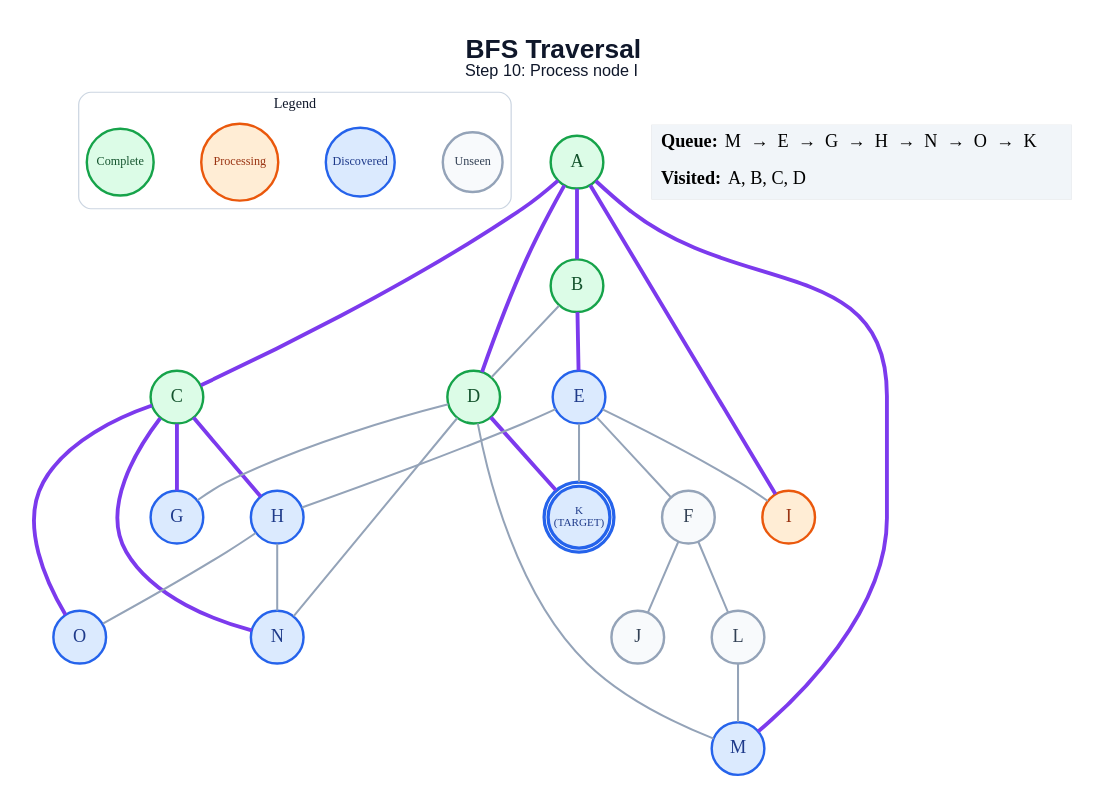
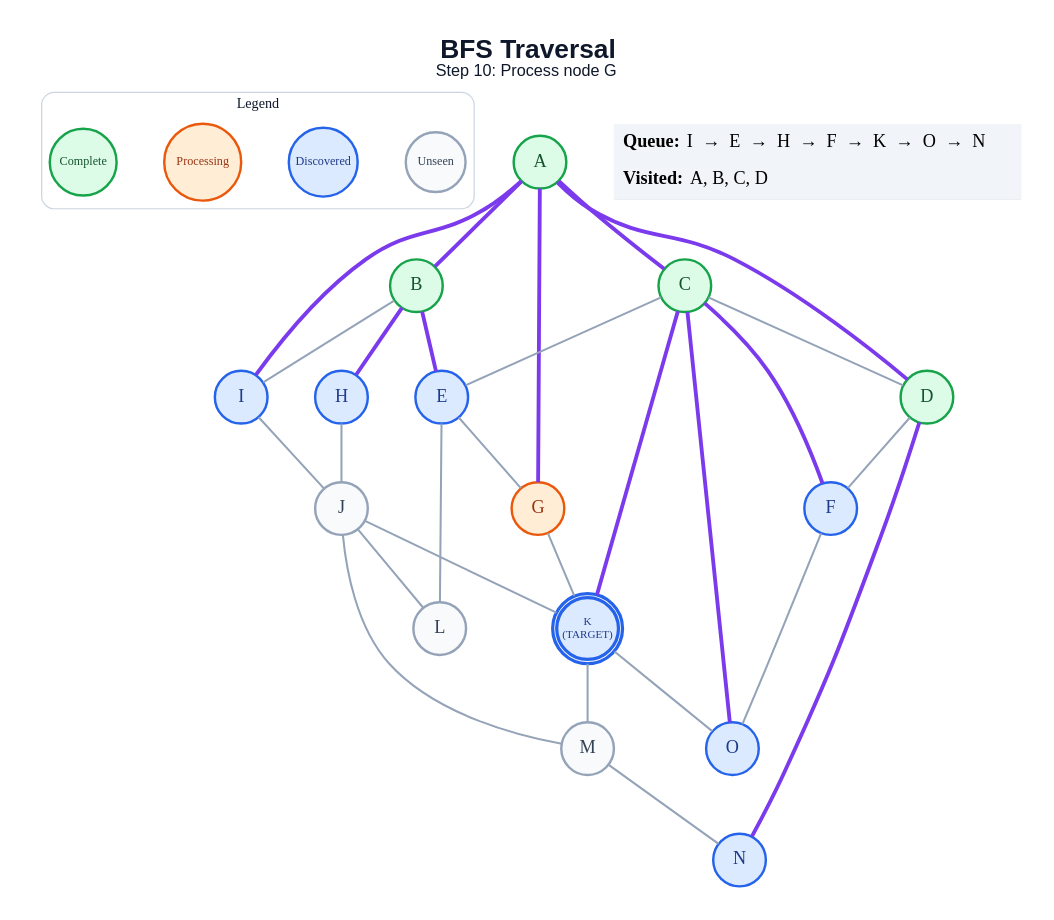
The diagram in generated/bfs/step_10.dot (anon7238593-create/ai-slop), drawn with Graphviz before and after one commit. The commit also changed 249 other files, not shown here.

```diff
--- a/generated/bfs/step_10.dot
+++ b/generated/bfs/step_10.dot
@@ -1,58 +1,61 @@
 graph traversal {
   graph [layout=dot, rankdir=TB, bgcolor="#FFFFFF", pad="0.35", nodesep="0.65", ranksep="0.8", fontname="Arial"];
   node [shape=circle, style="filled", fontname="Arial Bold", fontsize=18, width=0.72, fixedsize=true, penwidth=2.4];
   edge [color="#94A3B8", penwidth=2.0];
-  label=<<B>BFS Traversal</B><BR/><FONT POINT-SIZE="16">Step 10: Process node I</FONT>>; labelloc="t"; fontsize=26; fontname="Arial"; fontcolor="#0F172A";
+  label=<<B>BFS Traversal</B><BR/><FONT POINT-SIZE="16">Step 10: Process node G</FONT>>; labelloc="t"; fontsize=26; fontname="Arial"; fontcolor="#0F172A";
   subgraph cluster_legend { label="Legend"; color="#CBD5E1"; penwidth=1.2; style="rounded"; fontsize=14; fontname="Arial Bold";
     key_unseen [label="Unseen", fillcolor="#F8FAFC", color="#94A3B8", fontcolor="#334155", fontsize=12, width=0.82];
     key_frontier [label="Discovered", fillcolor="#DBEAFE", color="#2563EB", fontcolor="#1E3A8A", fontsize=12, width=0.95];
     key_current [label="Processing", fillcolor="#FFEDD5", color="#EA580C", fontcolor="#9A3412", fontsize=12, width=1.05];
     key_done [label="Complete", fillcolor="#DCFCE7", color="#16A34A", fontcolor="#14532D", fontsize=12, width=0.92];
     { rank=same; key_unseen; key_frontier; key_current; key_done; }
   }
   A [label="A", fillcolor="#DCFCE7", color="#16A34A", fontcolor="#14532D", peripheries=1, penwidth=2.4];
   B [label="B", fillcolor="#DCFCE7", color="#16A34A", fontcolor="#14532D", peripheries=1, penwidth=2.4];
   C [label="C", fillcolor="#DCFCE7", color="#16A34A", fontcolor="#14532D", peripheries=1, penwidth=2.4];
   D [label="D", fillcolor="#DCFCE7", color="#16A34A", fontcolor="#14532D", peripheries=1, penwidth=2.4];
   E [label="E", fillcolor="#DBEAFE", color="#2563EB", fontcolor="#1E3A8A", peripheries=1, penwidth=2.4];
-  F [label="F", fillcolor="#F8FAFC", color="#94A3B8", fontcolor="#334155", peripheries=1, penwidth=2.4];
-  G [label="G", fillcolor="#DBEAFE", color="#2563EB", fontcolor="#1E3A8A", peripheries=1, penwidth=2.4];
+  F [label="F", fillcolor="#DBEAFE", color="#2563EB", fontcolor="#1E3A8A", peripheries=1, penwidth=2.4];
+  G [label="G", fillcolor="#FFEDD5", color="#EA580C", fontcolor="#9A3412", peripheries=1, penwidth=2.4];
   H [label="H", fillcolor="#DBEAFE", color="#2563EB", fontcolor="#1E3A8A", peripheries=1, penwidth=2.4];
-  I [label="I", fillcolor="#FFEDD5", color="#EA580C", fontcolor="#9A3412", peripheries=1, penwidth=2.4];
+  I [label="I", fillcolor="#DBEAFE", color="#2563EB", fontcolor="#1E3A8A", peripheries=1, penwidth=2.4];
   J [label="J", fillcolor="#F8FAFC", color="#94A3B8", fontcolor="#334155", peripheries=1, penwidth=2.4];
   K [label="K\n(TARGET)", fillcolor="#DBEAFE", color="#2563EB", fontcolor="#1E3A8A", peripheries=2, penwidth=3.2, fontsize=11, width=0.85, height=0.85];
   L [label="L", fillcolor="#F8FAFC", color="#94A3B8", fontcolor="#334155", peripheries=1, penwidth=2.4];
-  M [label="M", fillcolor="#DBEAFE", color="#2563EB", fontcolor="#1E3A8A", peripheries=1, penwidth=2.4];
+  M [label="M", fillcolor="#F8FAFC", color="#94A3B8", fontcolor="#334155", peripheries=1, penwidth=2.4];
   N [label="N", fillcolor="#DBEAFE", color="#2563EB", fontcolor="#1E3A8A", peripheries=1, penwidth=2.4];
   O [label="O", fillcolor="#DBEAFE", color="#2563EB", fontcolor="#1E3A8A", peripheries=1, penwidth=2.4];
   A -- B [color="#7C3AED", penwidth=3.8];
   A -- C [color="#7C3AED", penwidth=3.8];
   A -- D [color="#7C3AED", penwidth=3.8];
+  A -- G [color="#7C3AED", penwidth=3.8];
   A -- I [color="#7C3AED", penwidth=3.8];
-  A -- M [color="#7C3AED", penwidth=3.8];
-  B -- D;
   B -- E [color="#7C3AED", penwidth=3.8];
-  C -- G [color="#7C3AED", penwidth=3.8];
-  C -- H [color="#7C3AED", penwidth=3.8];
-  C -- N [color="#7C3AED", penwidth=3.8];
+  B -- H [color="#7C3AED", penwidth=3.8];
+  B -- I;
+  C -- D;
+  C -- E;
+  C -- F [color="#7C3AED", penwidth=3.8];
+  C -- K [color="#7C3AED", penwidth=3.8];
   C -- O [color="#7C3AED", penwidth=3.8];
-  D -- G;
-  D -- K [color="#7C3AED", penwidth=3.8];
-  D -- M;
-  D -- N;
-  E -- F;
-  E -- H;
-  E -- I;
-  E -- K;
-  F -- J;
-  F -- L;
-  H -- N;
-  H -- O;
-  L -- M;
+  D -- F;
+  D -- N [color="#7C3AED", penwidth=3.8];
+  E -- G;
+  E -- L;
+  F -- O;
+  G -- K;
+  H -- J;
+  I -- J;
+  J -- K;
+  J -- L;
+  J -- M;
+  K -- M;
+  K -- O;
+  M -- N;
   status [shape=plain, fixedsize=false, width=0, height=0, margin=0, label=<
     <TABLE BORDER="0" CELLBORDER="0" CELLPADDING="7" BGCOLOR="#F1F5F9">
-      <TR><TD ALIGN="LEFT"><B>Queue:</B> M  →  E  →  G  →  H  →  N  →  O  →  K</TD></TR>
+      <TR><TD ALIGN="LEFT"><B>Queue:</B> I  →  E  →  H  →  F  →  K  →  O  →  N</TD></TR>
       <TR><TD ALIGN="LEFT"><B>Visited:</B> A, B, C, D</TD></TR>
     </TABLE>
   >];
 }
```
